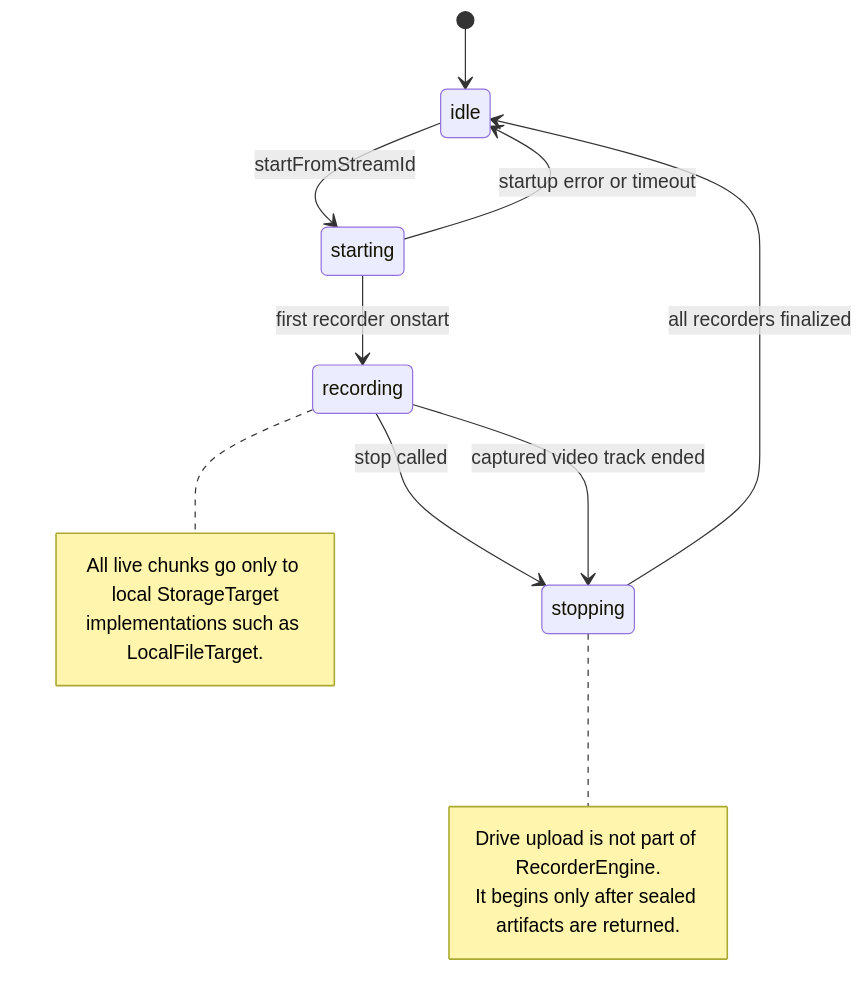
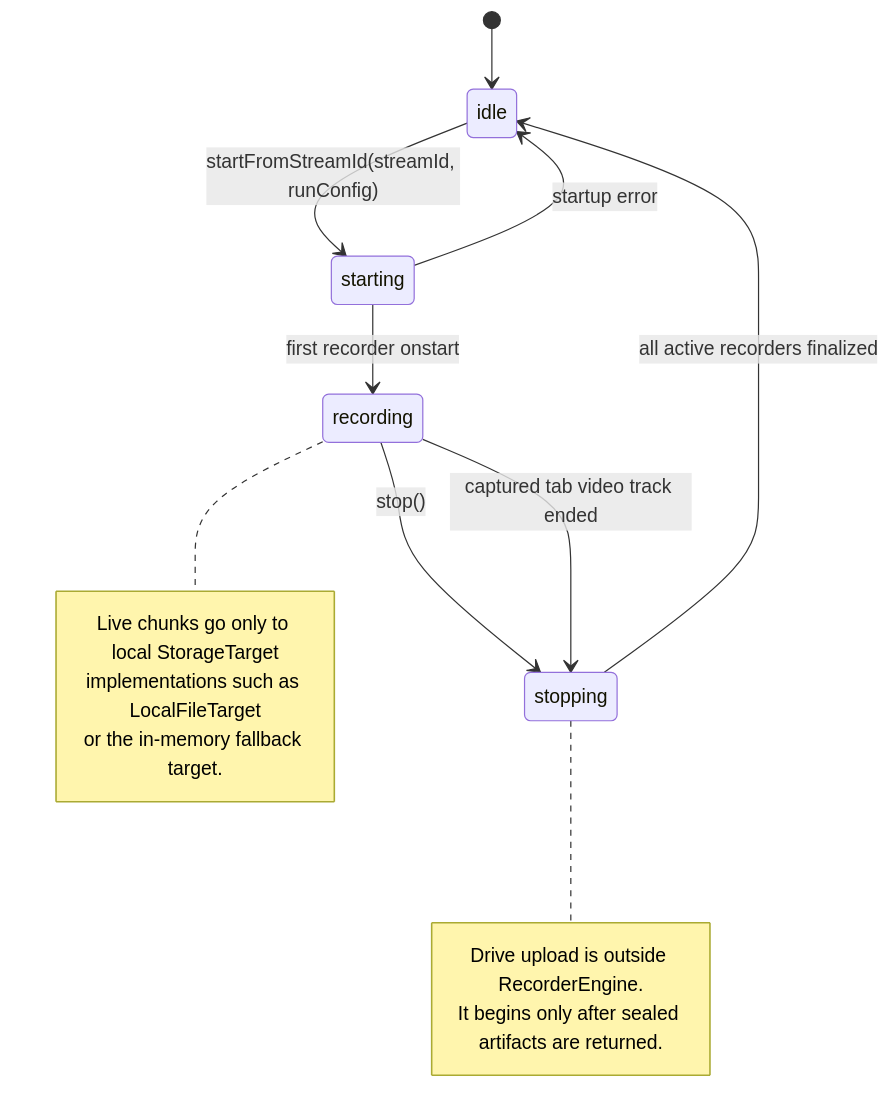
The seventh of 10 diagrams in Documentation.md (kstroevsky/chrome-meeting-recording-extension), drawn with Mermaid before and after one commit. The commit also changed other lines of this file, not shown here.

Commit message:
Docs: Update Documentation.md with new architecture approach

````diff
--- a/Documentation.md
+++ b/Documentation.md
@@ -248,23 +582,24 @@
 ```mermaid
 stateDiagram-v2
     [*] --> idle
 
-    idle --> starting : startFromStreamId
-    starting --> recording : first recorder onstart
-    starting --> idle : startup error or timeout
+    idle --> starting: startFromStreamId(streamId, runConfig)
+    starting --> recording: first recorder onstart
+    starting --> idle: startup error
 
-    recording --> stopping : stop called
-    recording --> stopping : captured video track ended
+    recording --> stopping: stop()
+    recording --> stopping: captured tab video track ended
 
-    stopping --> idle : all recorders finalized
+    stopping --> idle: all active recorders finalized
 
     note right of recording
-        All live chunks go only to local StorageTarget
-        implementations such as LocalFileTarget.
+        Live chunks go only to local StorageTarget
+        implementations such as LocalFileTarget
+        or the in-memory fallback target.
     end note
 
     note right of stopping
-        Drive upload is not part of RecorderEngine.
+        Drive upload is outside RecorderEngine.
         It begins only after sealed artifacts are returned.
     end note
 ```
````
